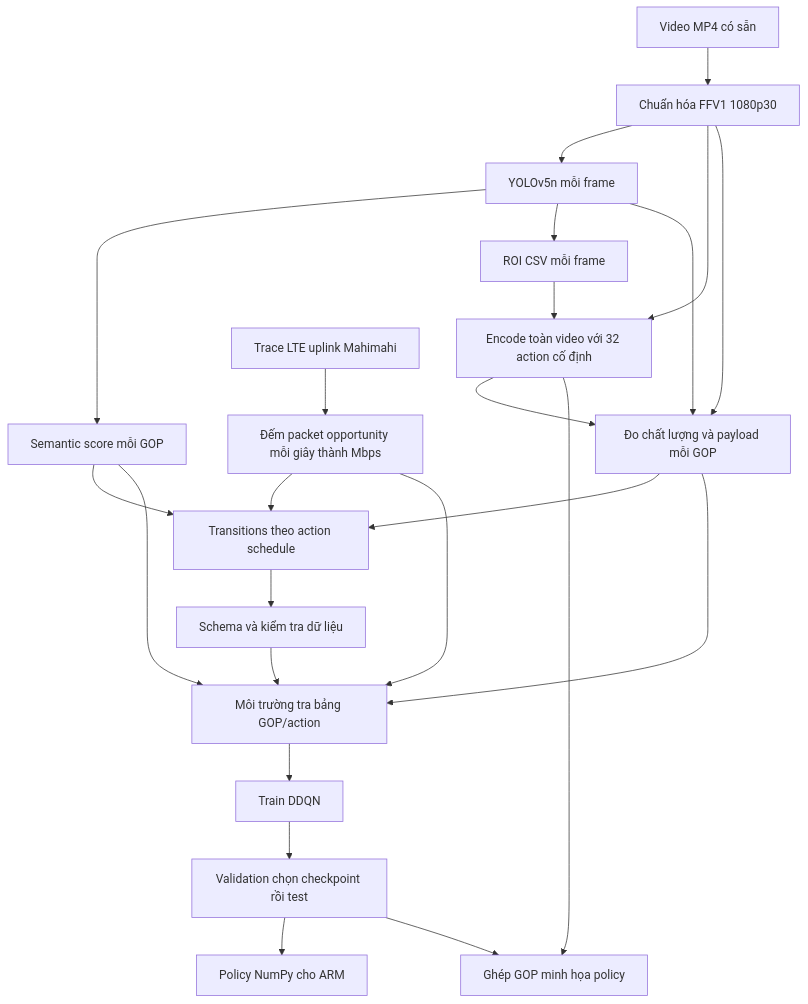
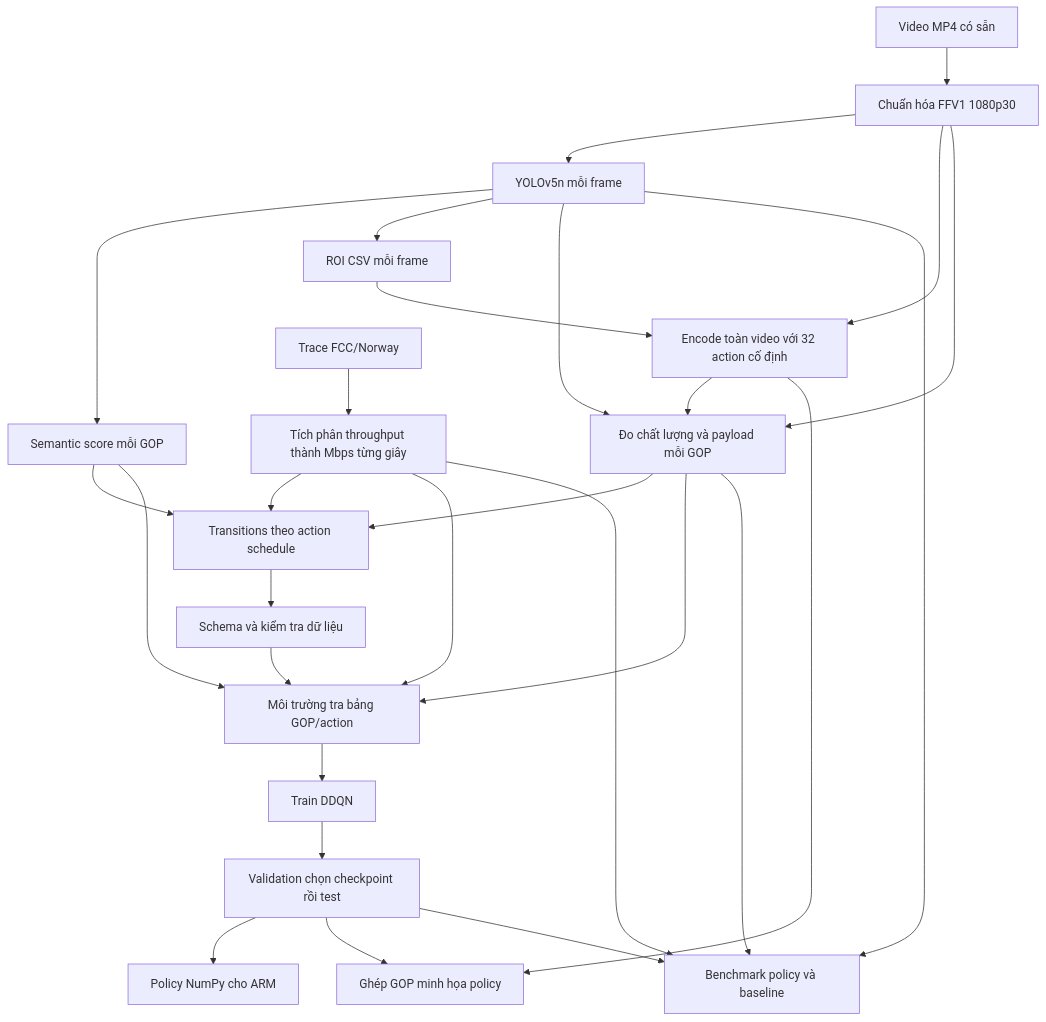
The diagram in docs/GIAI_THICH_REPO.md (HoangThuan1/Semantic-Aware-Adaptive-Encoding), drawn with Mermaid before and after one commit. The commit also changed other lines of this file and 659 other files, not shown here.

````diff
--- a/docs/GIAI_THICH_REPO.md
+++ b/docs/GIAI_THICH_REPO.md
@@ -31,26 +33,30 @@
 ```mermaid
 flowchart TD
     V[Video MP4 có sẵn] --> N[Chuẩn hóa FFV1 1080p30]
     N --> Y[YOLOv5n mỗi frame]
     Y --> S[Semantic score mỗi GOP]
     Y --> ROI[ROI CSV mỗi frame]
     N --> E[Encode toàn video với 32 action cố định]
     ROI --> E
     E --> M[Đo chất lượng và payload mỗi GOP]
     N --> M
     Y --> M
-    T[Trace LTE uplink Mahimahi] --> B[Đếm packet opportunity mỗi giây thành Mbps]
+    T[Trace FCC/Norway] --> B[Tích phân throughput thành Mbps từng giây]
     M --> TR[Transitions theo action schedule]
     S --> TR
     B --> TR
     M --> ENV[Môi trường tra bảng GOP/action]
     S --> ENV
     B --> ENV
     TR --> SC[Schema và kiểm tra dữ liệu]
     SC --> ENV
     ENV --> D[Train DDQN]
     D --> EV[Validation chọn checkpoint rồi test]
     EV --> NP[Policy NumPy cho ARM]
     EV --> R[Ghép GOP minh họa policy]
     E --> R
+    EV --> BK[Benchmark policy và baseline]
+    M --> BK
+    Y --> BK
+    B --> BK
 ```
````
